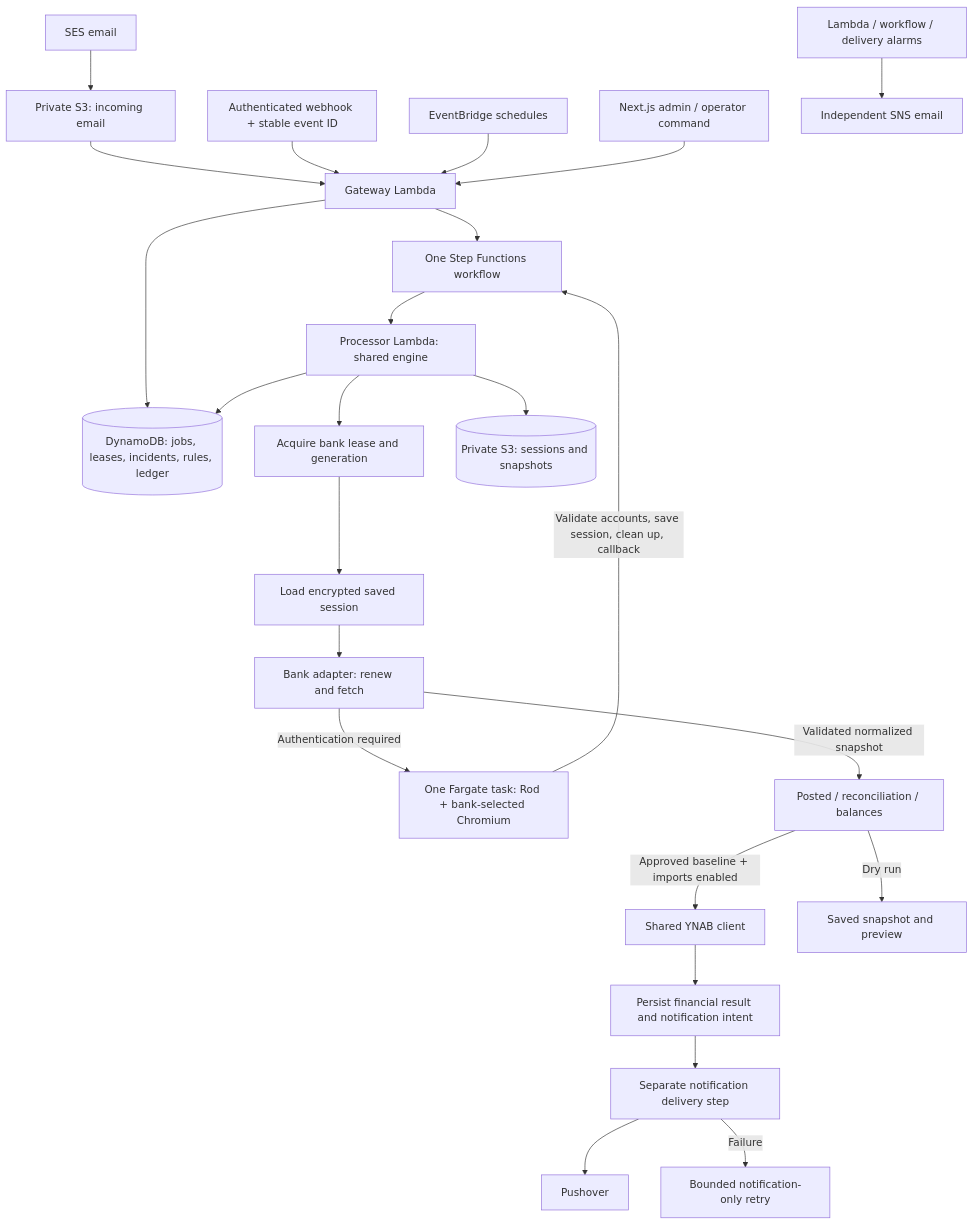
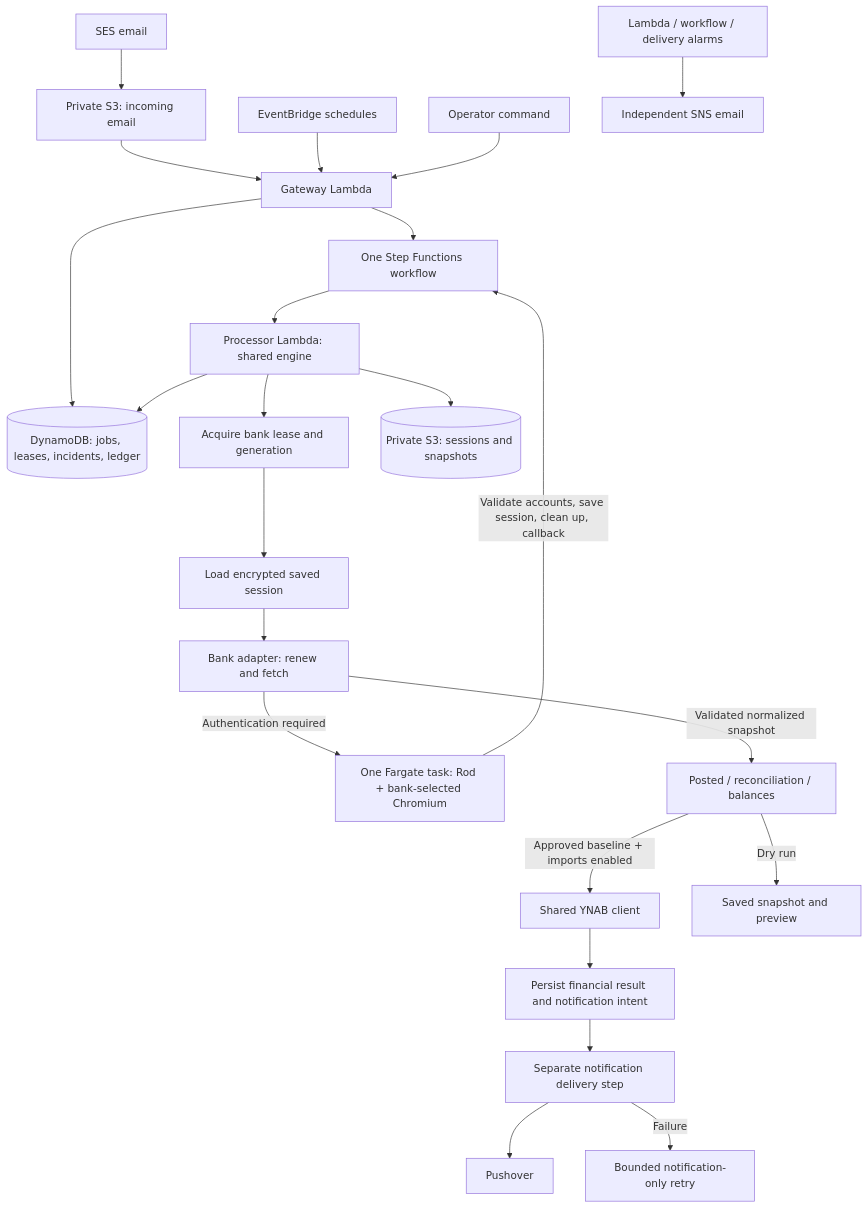
The diagram in README.md (nathanfredericks/transactions), drawn with Mermaid before and after one commit. The commit also changed other lines of this file and 4 other files, not shown here.

Commit message:
Update docs for the removed admin, rules, webhook and upkeep

````diff
--- a/README.md
+++ b/README.md
@@ -5,26 +5,25 @@
 ```mermaid
 flowchart TD
   Email[SES email] --> S3[Private S3: incoming email]
   S3 --> Gateway[Gateway Lambda]
-  Webhook[Authenticated webhook + stable event ID] --> Gateway
   Schedule[EventBridge schedules] --> Gateway
-  Admin[Next.js admin / operator command] --> Gateway
-  Gateway --> State[(DynamoDB: jobs, leases, incidents, rules, ledger)]
+  Operator[Operator command] --> Gateway
+  Gateway --> State[(DynamoDB: jobs, leases, incidents, ledger)]
   Gateway --> Workflow[One Step Functions workflow]
   Workflow --> Engine[Processor Lambda: shared engine]
   Engine --> Lease[Acquire bank lease and generation]
   Lease --> Session[Load encrypted saved session]
   Session --> Adapter[Bank adapter: renew and fetch]
   Adapter -->|Authentication required| Browser[One Fargate task: Rod + bank-selected Chromium]
   Browser -->|Validate accounts, save session, clean up, callback| Workflow
   Adapter -->|Validated normalized snapshot| Strategy[Posted / reconciliation / balances]
   Strategy -->|Approved baseline + imports enabled| YNAB[Shared YNAB client]
   Strategy -->|Dry run| Preview[Saved snapshot and preview]
   Engine --> State
   Engine --> Private[(Private S3: sessions and snapshots)]
   YNAB --> Intent[Persist financial result and notification intent]
   Intent --> Delivery[Separate notification delivery step]
   Delivery --> Pushover[Pushover]
   Delivery -->|Failure| Retry[Bounded notification-only retry]
   AWS[Lambda / workflow / delivery alarms] --> SNS[Independent SNS email]
 ```
````
